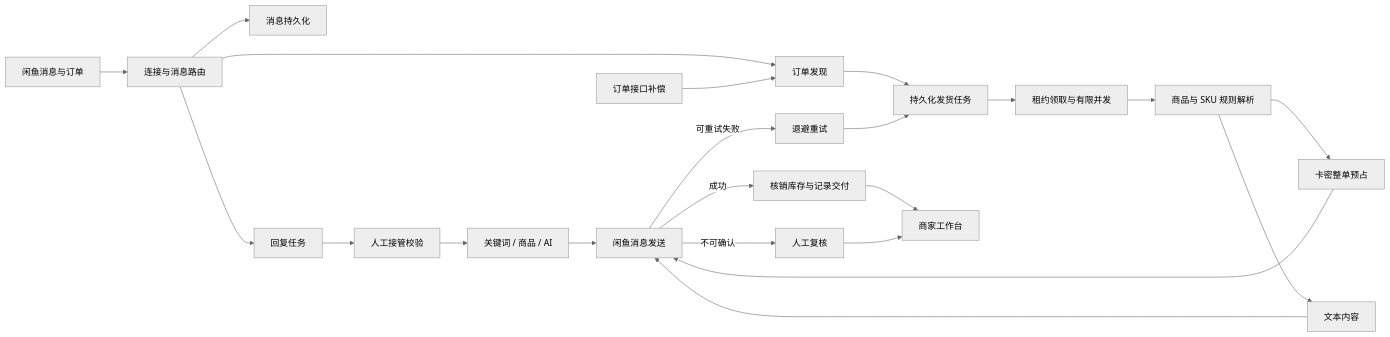
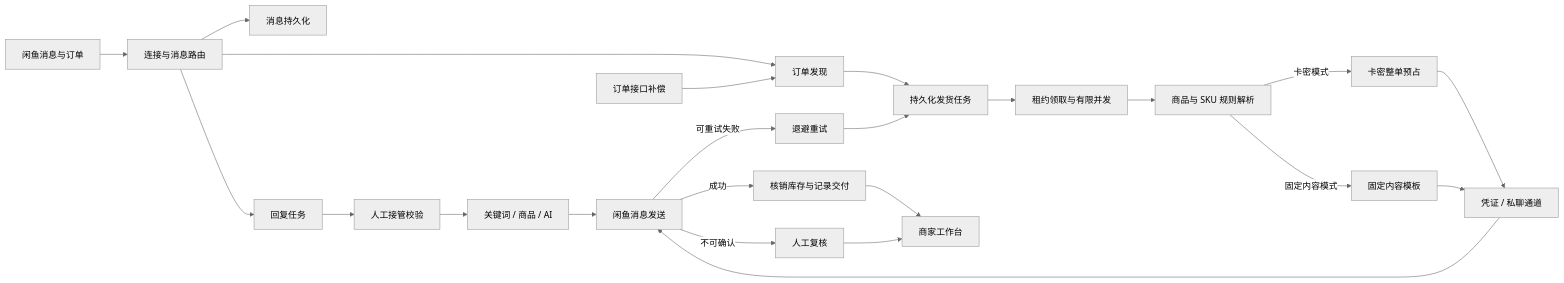
Before and after one commit to Evvvvvvvan/XianYuSmart: the diagram in README.md, drawn with Mermaid (neutral theme). The commit also changed other lines of this file, not shown here.

````diff
--- a/README.md
+++ b/README.md
@@ -44,24 +68,25 @@
 ```mermaid
 flowchart LR
     XY["闲鱼消息与订单"] --> WS["连接与消息路由"]
     WS --> SAVE["消息持久化"]
     WS --> REPLY["回复任务"]
     WS --> DISCOVER["订单发现"]
     API["订单接口补偿"] --> DISCOVER
     DISCOVER --> TASK["持久化发货任务"]
     TASK --> CLAIM["租约领取与有限并发"]
     CLAIM --> RULE["商品与 SKU 规则解析"]
-    RULE --> CARD["卡密整单预占"]
-    RULE --> TEXT["文本内容"]
-    CARD --> SEND["闲鱼消息发送"]
-    TEXT --> SEND
+    RULE -->|卡密模式| CARD["卡密整单预占"]
+    RULE -->|固定内容模式| FIXED["固定内容模板"]
+    CARD --> CHANNEL["凭证 / 私聊通道"]
+    FIXED --> CHANNEL
+    CHANNEL --> SEND["闲鱼消息发送"]
     SEND -->|成功| COMMIT["核销库存与记录交付"]
     SEND -->|可重试失败| RETRY["退避重试"]
     SEND -->|不可确认| REVIEW["人工复核"]
     RETRY --> TASK
     REPLY --> HUMAN["人工接管校验"]
     HUMAN --> RULES["关键词 / 商品 / AI"]
     RULES --> SEND
     COMMIT --> DASH["商家工作台"]
     REVIEW --> DASH
 ```
````
